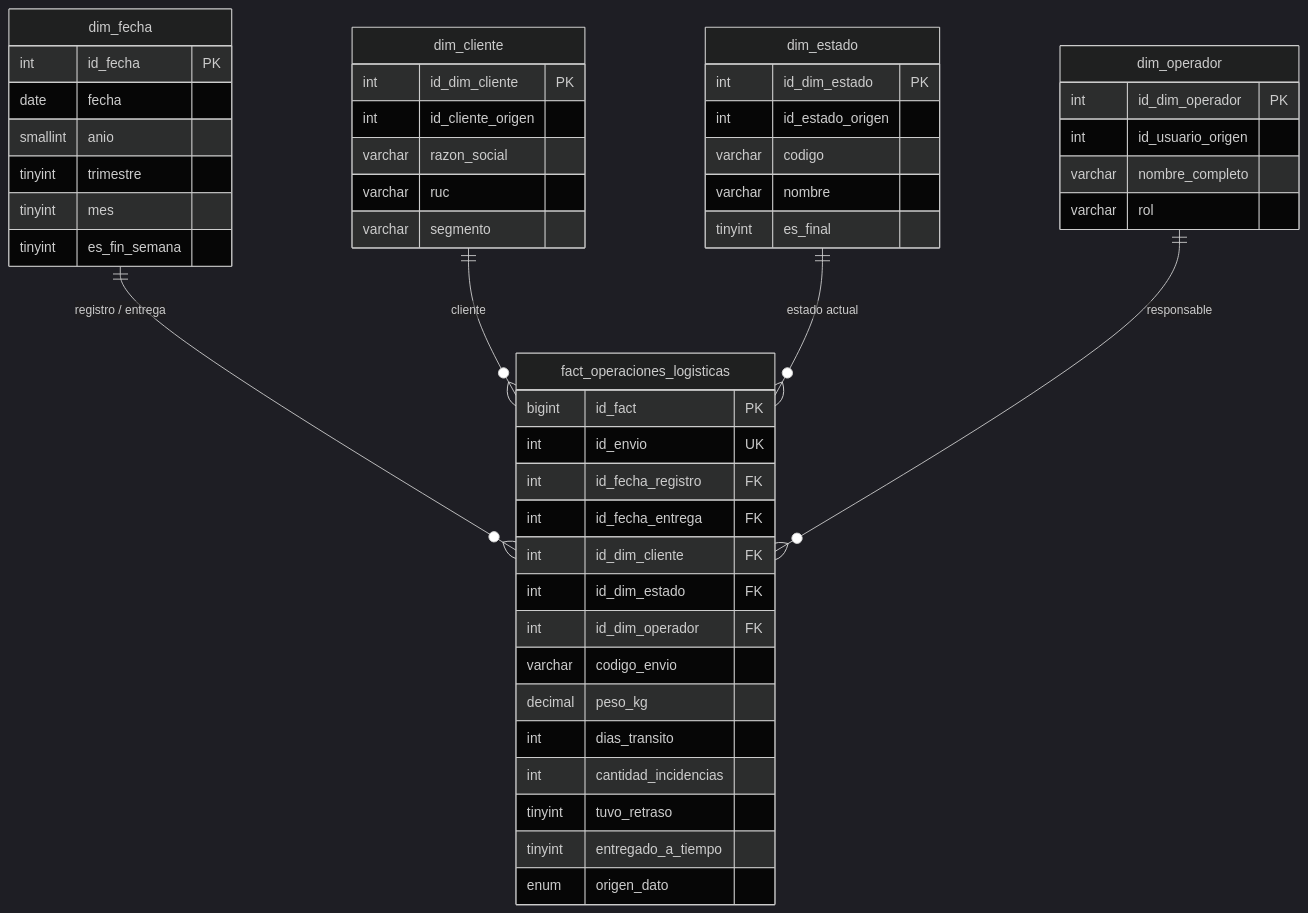
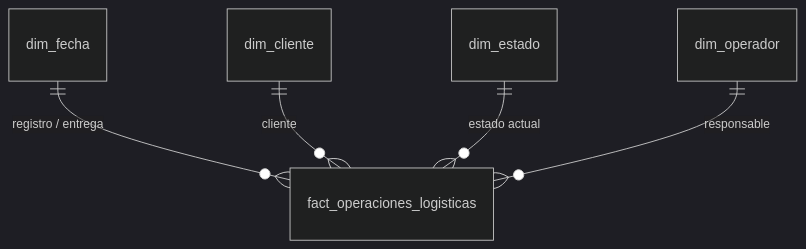
Before and after one commit to AlbertLopezHoyos/Aplicaci-n-Web-de-Trazabilidad-Log-stica-con-DataMart-para-la-optimizaci-n-de-operaciones: the diagram in docs/KIMBALL.md, drawn with Mermaid (dark theme). The commit also changed other lines of this file and 10 other files, not shown here.

````diff
--- a/docs/KIMBALL.md
+++ b/docs/KIMBALL.md
@@ -102,52 +124,7 @@
 ```mermaid
 erDiagram
     dim_fecha ||--o{ fact_operaciones_logisticas : "registro / entrega"
     dim_cliente ||--o{ fact_operaciones_logisticas : "cliente"
     dim_estado ||--o{ fact_operaciones_logisticas : "estado actual"
     dim_operador ||--o{ fact_operaciones_logisticas : "responsable"
-
-    dim_fecha {
-        int id_fecha PK
-        date fecha
-        smallint anio
-        tinyint trimestre
-        tinyint mes
-        tinyint es_fin_semana
-    }
-    dim_cliente {
-        int id_dim_cliente PK
-        int id_cliente_origen
-        varchar razon_social
-        varchar ruc
-        varchar segmento
-    }
-    dim_estado {
-        int id_dim_estado PK
-        int id_estado_origen
-        varchar codigo
-        varchar nombre
-        tinyint es_final
-    }
-    dim_operador {
-        int id_dim_operador PK
-        int id_usuario_origen
-        varchar nombre_completo
-        varchar rol
-    }
-    fact_operaciones_logisticas {
-        bigint id_fact PK
-        int id_envio UK
-        int id_fecha_registro FK
-        int id_fecha_entrega FK
-        int id_dim_cliente FK
-        int id_dim_estado FK
-        int id_dim_operador FK
-        varchar codigo_envio
-        decimal peso_kg
-        int dias_transito
-        int cantidad_incidencias
-        tinyint tuvo_retraso
-        tinyint entregado_a_tiempo
-        enum origen_dato
-    }
 ```
````
